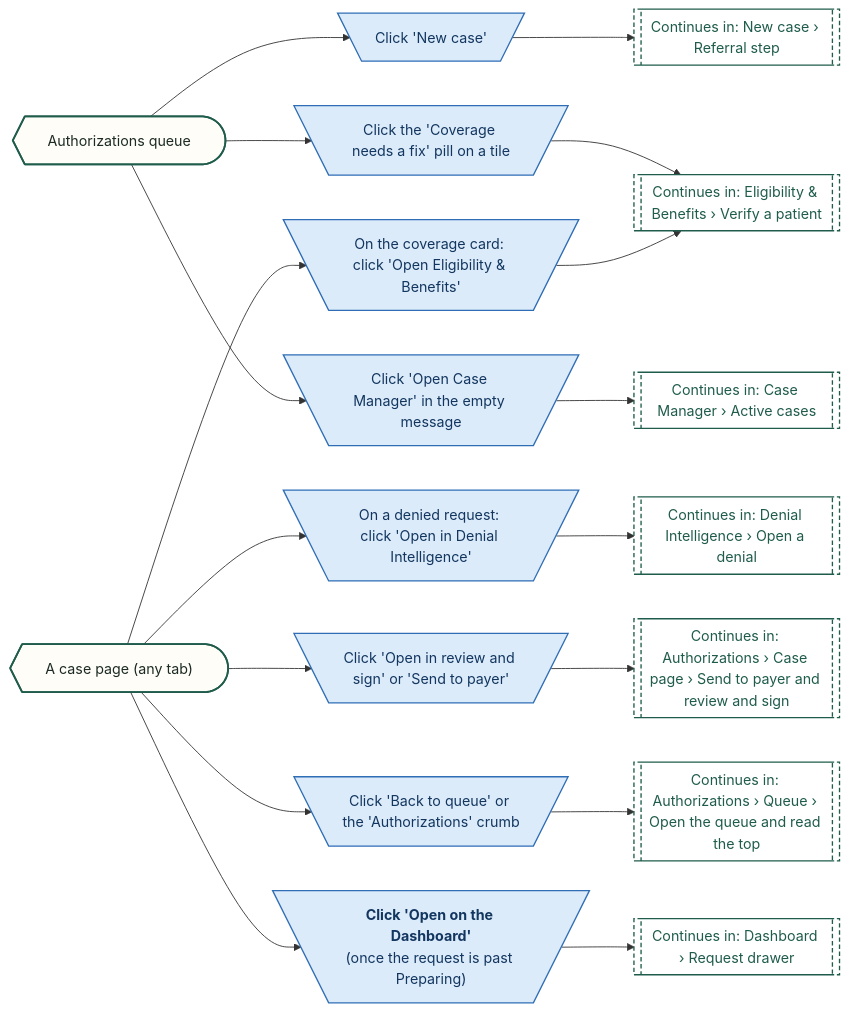
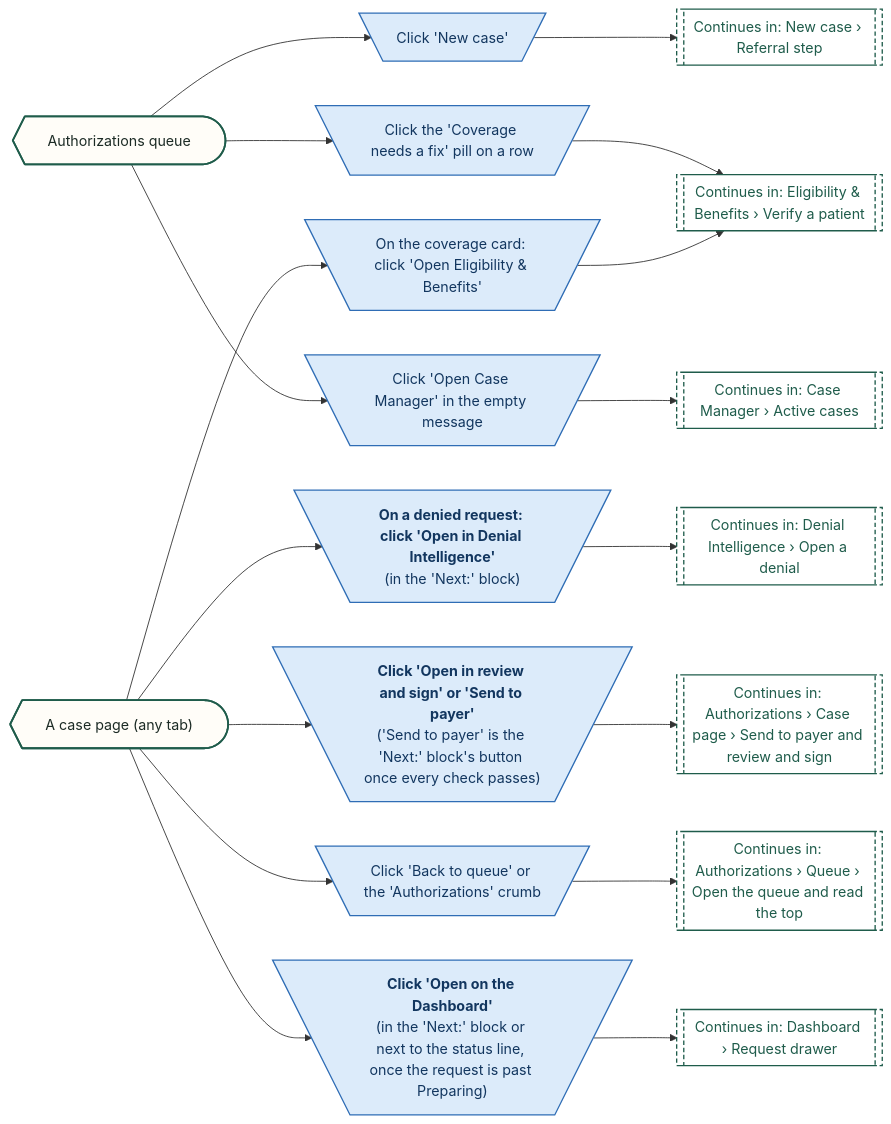
Diagram 29 of 30 in demos/prior-auth-demo/workflows/out/md/03-authorizations.md (Shrav143/psyfloapp), drawn with Mermaid before and after one commit. The commit also changed other lines of this file and 192 other files, not shown here.

First line of the commit message:
docs: changelog by sidebar tab; README, diagrams and Settings layout aligned with the refinement; shared InfoTip; referral cost-share line

````diff
--- a/demos/prior-auth-demo/workflows/out/md/03-authorizations.md
+++ b/demos/prior-auth-demo/workflows/out/md/03-authorizations.md
@@ -1933,48 +2260,48 @@
 ```mermaid
 %%{init: {"theme":"base","themeVariables":{"fontFamily":"'DM Sans', 'Segoe UI', system-ui, sans-serif","fontSize":"15px","lineColor":"#5B6B63","primaryTextColor":"#1C2B25","clusterBkg":"#FBF8F3","clusterBorder":"#D9CDBB","edgeLabelBackground":"#FFFFFF"},"flowchart":{"curve":"basis","nodeSpacing":36,"rankSpacing":48,"padding":12,"htmlLabels":true,"useMaxWidth":false,"wrappingWidth":230}} }%%
 flowchart LR
   classDef k_start fill:#1F5C4B,stroke:#174638,color:#FFFFFF,stroke-width:1.5px,font-weight:600
   classDef k_end fill:#DDEFE3,stroke:#2E7D4F,color:#14502F,stroke-width:1.5px,font-weight:600
   classDef k_endx fill:#FBE3E0,stroke:#C0392B,color:#7A1F16,stroke-width:1.5px,font-weight:600
   classDef k_screen fill:#FFFDF8,stroke:#1F5C4B,color:#1C2B25,stroke-width:2px
   classDef k_overlay fill:#F1F7F3,stroke:#1F5C4B,color:#1C2B25,stroke-width:2px,stroke-dasharray:5 3
   classDef k_click fill:#DCEBFA,stroke:#2F6DB5,color:#12365F,stroke-width:1.5px
   classDef k_input fill:#E4E7FF,stroke:#4C5FD5,color:#1D2670,stroke-width:1.5px
   classDef k_process fill:#EEF0EE,stroke:#7A857F,color:#26302B,stroke-width:1.5px
   classDef k_agent fill:#EEE5FA,stroke:#7A4FC2,color:#341A63,stroke-width:1.5px
   classDef k_decision fill:#FFF0CC,stroke:#D9962B,color:#5C3B00,stroke-width:1.5px
   classDef k_store fill:#D5F0EA,stroke:#1C8E7B,color:#0B4A3F,stroke-width:1.5px
   classDef k_doc fill:#F6E9DC,stroke:#B07A4C,color:#4A2E14,stroke-width:1.5px
   classDef k_ext fill:#FFE6D2,stroke:#E07B39,color:#6B2F06,stroke-width:1.5px
   classDef k_wait fill:#E4E8EE,stroke:#6B7C93,color:#26303D,stroke-width:1.5px
   classDef k_toast fill:#FFF9DB,stroke:#C9A400,color:#5A4A00,stroke-width:1.5px
   classDef k_goto fill:#FFFFFF,stroke:#1F5C4B,color:#1F5C4B,stroke-width:1.5px,stroke-dasharray:5 3
   q@{ shape: curv-trap, label: "Authorizations queue" }
   cp@{ shape: curv-trap, label: "A case page (any tab)" }
   l1@{ shape: trap-t, label: "Click 'New case'" }
-  l2@{ shape: trap-t, label: "Click the 'Coverage needs a fix' pill on a tile" }
+  l2@{ shape: trap-t, label: "Click the 'Coverage needs a fix' pill on a row" }
   l6@{ shape: trap-t, label: "Click 'Open Case Manager' in the empty message" }
   l3@{ shape: trap-t, label: "On the coverage card: click 'Open Eligibility & Benefits'" }
-  l4@{ shape: trap-t, label: "On a denied request: click 'Open in Denial Intelligence'" }
-  l5@{ shape: trap-t, label: "Click 'Open in review and sign' or 'Send to payer'" }
+  l4@{ shape: trap-t, label: "<b>On a denied request: click 'Open in Denial Intelligence'</b><br/>(in the 'Next:' block)" }
+  l5@{ shape: trap-t, label: "<b>Click 'Open in review and sign' or 'Send to payer'</b><br/>('Send to payer' is the 'Next:' block's button once every check passes)" }
   l7@{ shape: trap-t, label: "Click 'Back to queue' or the 'Authorizations' crumb" }
-  l8@{ shape: trap-t, label: "<b>Click 'Open on the Dashboard'</b><br/>(once the request is past Preparing)" }
+  l8@{ shape: trap-t, label: "<b>Click 'Open on the Dashboard'</b><br/>(in the 'Next:' block or next to the status line, once the request is past Preparing)" }
   g1@{ shape: subproc, label: "Continues in: New case › Referral step" }
   g2@{ shape: subproc, label: "Continues in: Eligibility & Benefits › Verify a patient" }
   g5@{ shape: subproc, label: "Continues in: Case Manager › Active cases" }
   g3@{ shape: subproc, label: "Continues in: Denial Intelligence › Open a denial" }
   g4@{ shape: subproc, label: "Continues in: Authorizations › Case page › Send to payer and review and sign" }
   g6@{ shape: subproc, label: "Continues in: Authorizations › Queue › Open the queue and read the top" }
   g7@{ shape: subproc, label: "Continues in: Dashboard › Request drawer" }
   q --> l1 --> g1
   q --> l2 --> g2
   q --> l6 --> g5
   cp --> l3 --> g2
   cp --> l4 --> g3
   cp --> l5 --> g4
   cp --> l7 --> g6
   cp --> l8 --> g7
   class q,cp k_screen
   class l1,l2,l6,l3,l4,l5,l7,l8 k_click
   class g1,g2,g5,g3,g4,g6,g7 k_goto
 ```
````
